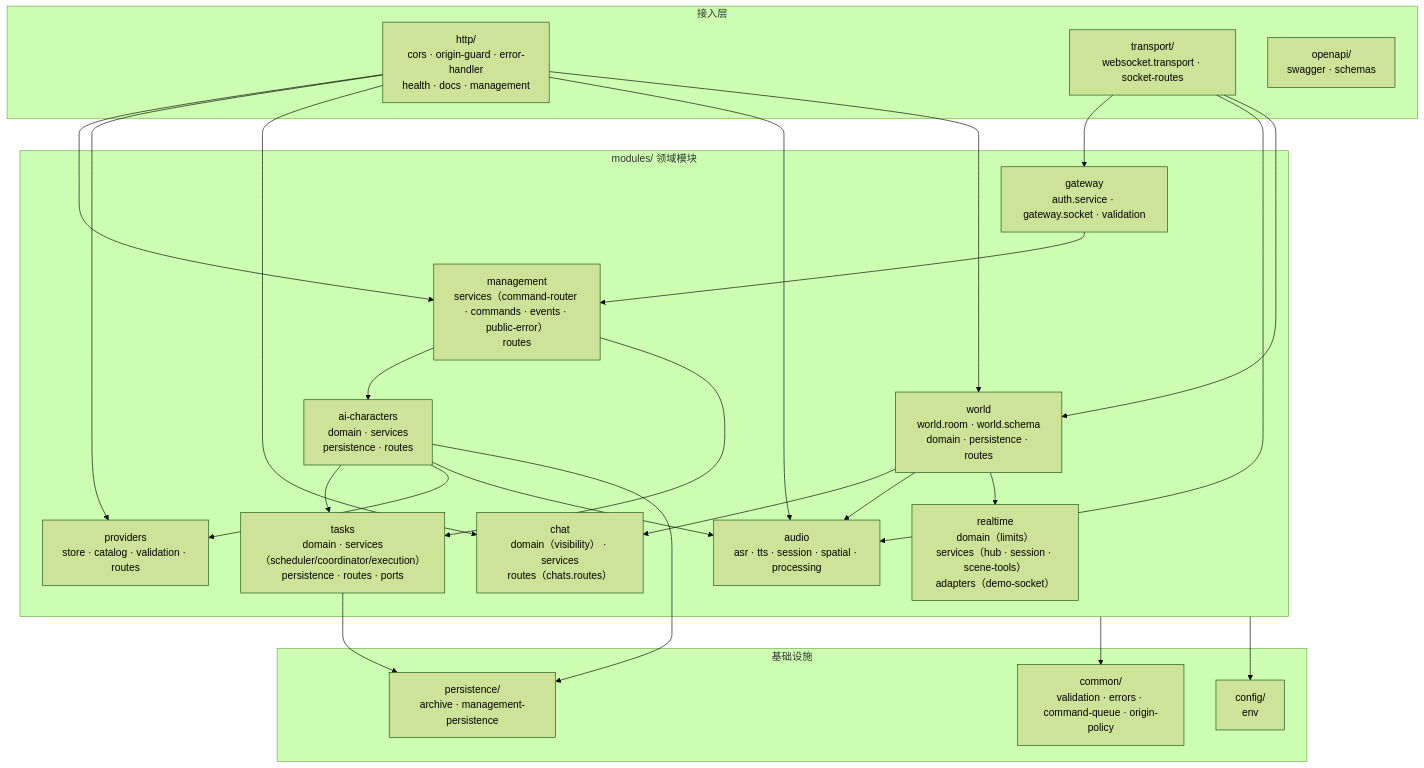
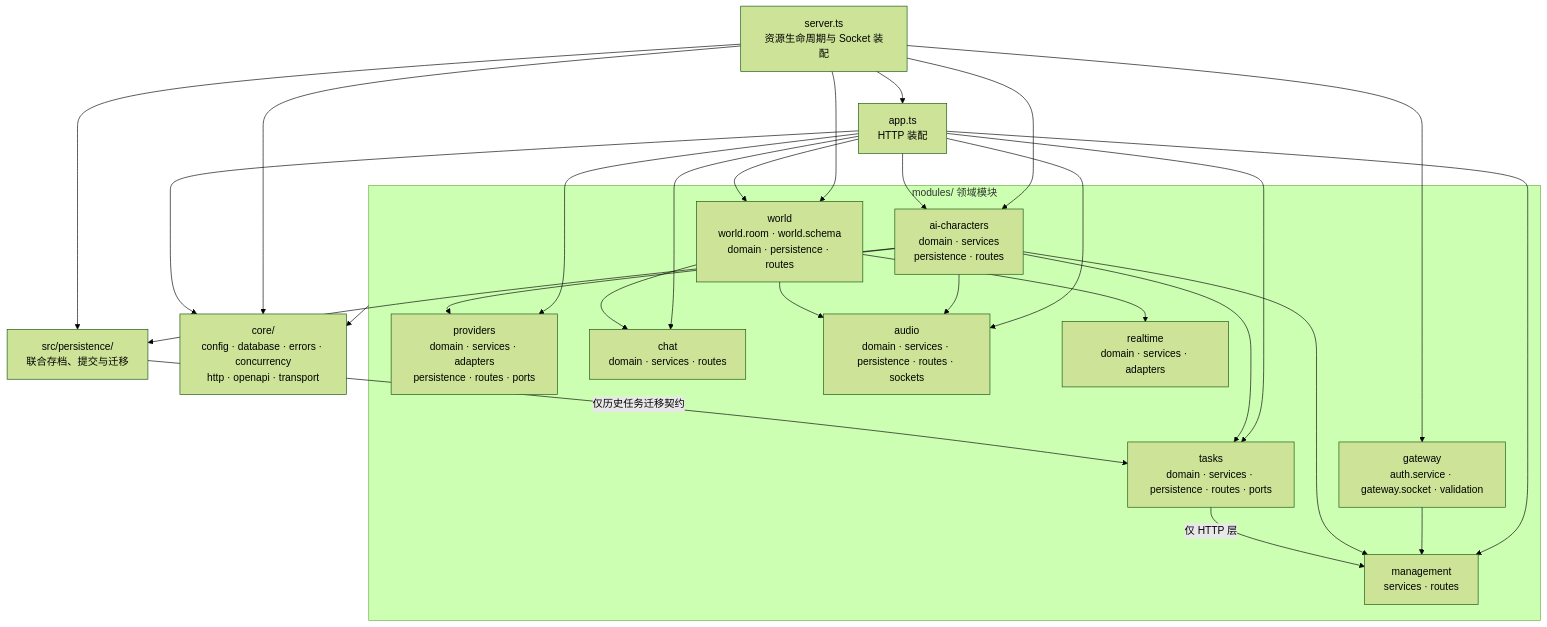
The fifth of 14 diagrams in docs/guide/architecture-diagrams.md (lulabs-org/embocraft), drawn with Mermaid (forest theme) before and after one commit. The commit also changed other lines of this file and 4 other files, not shown here.

````diff
--- a/docs/guide/architecture-diagrams.md
+++ b/docs/guide/architecture-diagrams.md
@@ -122,49 +124,44 @@
 ```mermaid
 graph TB
-    subgraph Entry["接入层"]
-        HTTP["http/<br/>cors · origin-guard · error-handler<br/>health · docs · management"]
-        TR["transport/<br/>websocket.transport · socket-routes"]
-        OA["openapi/<br/>swagger · schemas"]
-    end
-
+    App["app.ts<br/>HTTP 装配"]
+    Server["server.ts<br/>资源生命周期与 Socket 装配"]
+    Core["core/<br/>config · database · errors · concurrency<br/>http · openapi · transport"]
+    Persist["src/persistence/<br/>联合存档、提交与迁移"]
     subgraph Modules["modules/ 领域模块"]
         World["world<br/>world.room · world.schema<br/>domain · persistence · routes"]
         AIC["ai-characters<br/>domain · services<br/>persistence · routes"]
-        Tasks["tasks<br/>domain · services（scheduler/coordinator/execution）<br/>persistence · routes · ports"]
-        Mgmt["management<br/>services（command-router · commands · events · public-error）<br/>routes"]
+        Tasks["tasks<br/>domain · services · persistence · routes · ports"]
+        Mgmt["management<br/>services · routes"]
         GW["gateway<br/>auth.service · gateway.socket · validation"]
-        Prov["providers<br/>store · catalog · validation · routes"]
-        Chat["chat<br/>domain（visibility） · services<br/>routes（chats.routes）"]
-        Audio["audio<br/>asr · tts · session · spatial · processing"]
-        RT["realtime<br/>domain（limits）<br/>services（hub · session · scene-tools）<br/>adapters（demo-socket）"]
+        Prov["providers<br/>domain · services · adapters<br/>persistence · routes · ports"]
+        Chat["chat<br/>domain · services · routes"]
+        Audio["audio<br/>domain · services · persistence · routes · sockets"]
+        RT["realtime<br/>domain · services · adapters"]
     end
-
-    subgraph Infra["基础设施"]
-        Common["common/<br/>validation · errors · command-queue · origin-policy"]
-        Config["config/<br/>env"]
-        Persist["persistence/<br/>archive · management-persistence"]
-    end
-
-    HTTP --> Mgmt
-    HTTP --> Prov
-    HTTP --> Chat
-    HTTP --> Audio
-    HTTP --> World
-    TR --> GW
-    TR --> Audio
-    TR --> World
-
+    Server --> App
+    Server --> Core
+    Server --> Persist
+    Server --> GW
+    Server --> AIC
+    Server --> World
+    App --> Core
+    App --> Mgmt
+    App --> AIC
+    App --> Tasks
+    App --> Prov
+    App --> Chat
+    App --> Audio
+    App --> World
     GW --> Mgmt
-    Mgmt --> AIC
-    Mgmt --> Tasks
+    AIC --> Mgmt
     AIC --> Tasks
     AIC --> Prov
     AIC --> Audio
+    AIC --> Persist
+    Tasks -->|仅 HTTP 层| Mgmt
     World --> Chat
     World --> Audio
     World --> RT
-    AIC --> Persist
-    Tasks --> Persist
-    Modules --> Common
-    Modules --> Config
+    Modules --> Core
+    Persist -->|仅历史任务迁移契约| Tasks
 ```
````
